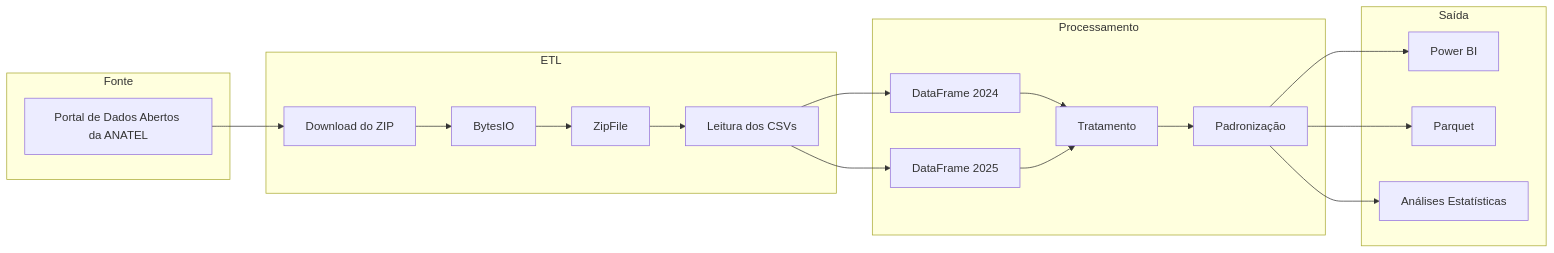
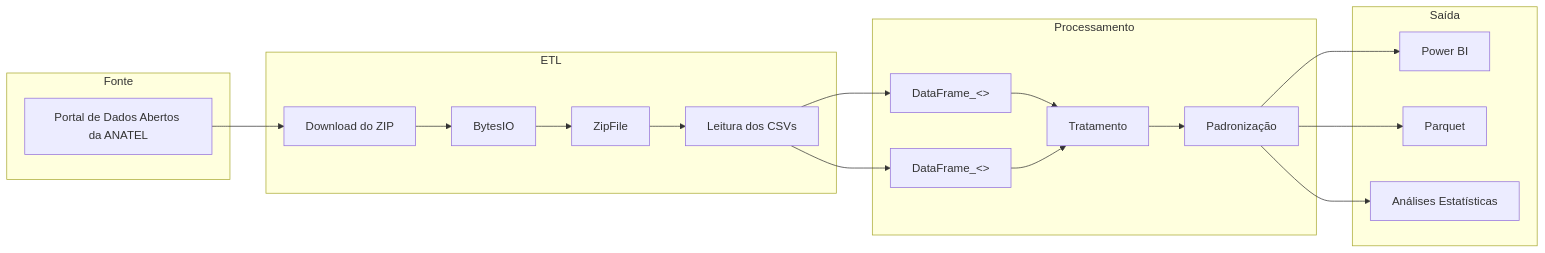
One commit to gabrielmprata/anatel-data-platform changed the diagram in README.md. Above: the diagram before and after it, drawn with Mermaid.

````diff
--- a/README.md
+++ b/README.md
@@ -3,40 +3,40 @@
 ```mermaid
 flowchart LR
 
     subgraph Fonte
         A["Portal de Dados Abertos da ANATEL"]
     end
 
     subgraph ETL
         B["Download do ZIP"]
         C["BytesIO"]
         D["ZipFile"]
         E["Leitura dos CSVs"]
     end
 
     subgraph Processamento
-        F["DataFrame 2024"]
-        G["DataFrame 2025"]
+        F["DataFrame_<<param_ano>>"]
+        G["DataFrame_<<param_ano>>"]
         H["Tratamento"]
         I["Padronização"]
     end
 
     subgraph Saída
         J["Power BI"]
         K["Parquet"]
         L["Análises Estatísticas"]
     end
 
     A --> B
     B --> C
     C --> D
     D --> E
     E --> F
     E --> G
     F --> H
     G --> H
     H --> I
     I --> J
     I --> K
     I --> L
 ```
````
